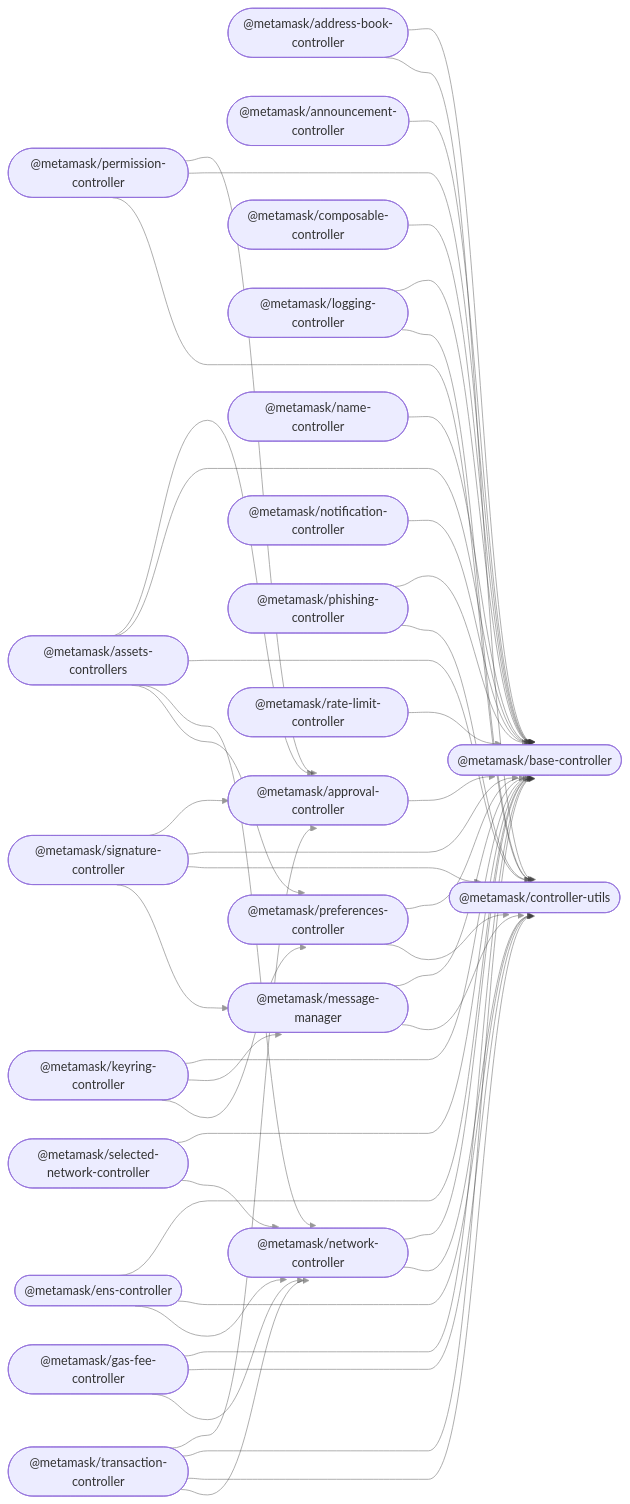
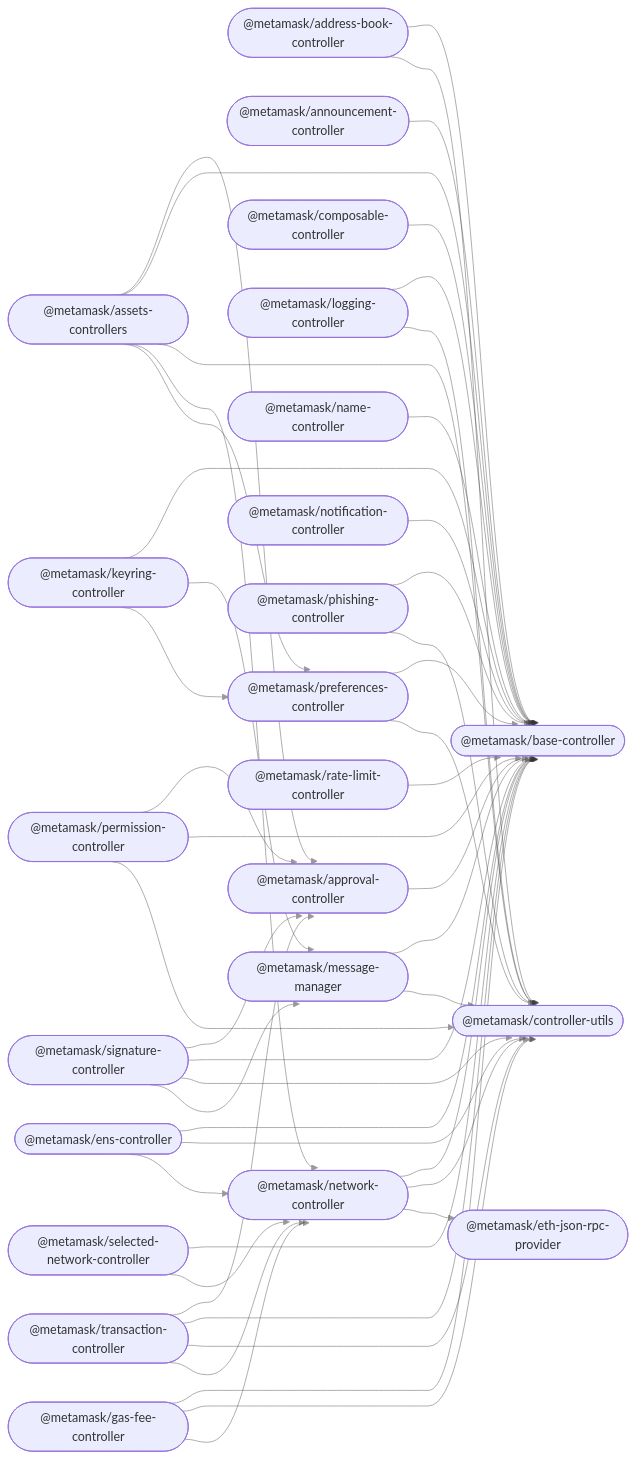
The diagram in README.md (MetaMask/core), drawn with Mermaid before and after one commit. The commit also changed other lines of this file, not shown here.

Commit message:
update `README` to include `@metamask/eth-json-rpc-provider` and updated dependency graph.

````diff
--- a/README.md
+++ b/README.md
@@ -34,72 +35,74 @@
 ```mermaid
 %%{ init: { 'flowchart': { 'curve': 'bumpX' } } }%%
 graph LR;
 linkStyle default opacity:0.5
   address_book_controller(["@metamask/address-book-controller"]);
   announcement_controller(["@metamask/announcement-controller"]);
   approval_controller(["@metamask/approval-controller"]);
   assets_controllers(["@metamask/assets-controllers"]);
   base_controller(["@metamask/base-controller"]);
   composable_controller(["@metamask/composable-controller"]);
   controller_utils(["@metamask/controller-utils"]);
   ens_controller(["@metamask/ens-controller"]);
+  eth_json_rpc_provider(["@metamask/eth-json-rpc-provider"]);
   gas_fee_controller(["@metamask/gas-fee-controller"]);
   keyring_controller(["@metamask/keyring-controller"]);
   logging_controller(["@metamask/logging-controller"]);
   message_manager(["@metamask/message-manager"]);
   name_controller(["@metamask/name-controller"]);
   network_controller(["@metamask/network-controller"]);
   notification_controller(["@metamask/notification-controller"]);
   permission_controller(["@metamask/permission-controller"]);
   phishing_controller(["@metamask/phishing-controller"]);
   preferences_controller(["@metamask/preferences-controller"]);
   rate_limit_controller(["@metamask/rate-limit-controller"]);
   selected_network_controller(["@metamask/selected-network-controller"]);
   signature_controller(["@metamask/signature-controller"]);
   transaction_controller(["@metamask/transaction-controller"]);
   address_book_controller --> base_controller;
   address_book_controller --> controller_utils;
   announcement_controller --> base_controller;
   approval_controller --> base_controller;
   assets_controllers --> approval_controller;
   assets_controllers --> base_controller;
   assets_controllers --> controller_utils;
   assets_controllers --> network_controller;
   assets_controllers --> preferences_controller;
   composable_controller --> base_controller;
   ens_controller --> base_controller;
   ens_controller --> controller_utils;
   ens_controller --> network_controller;
   gas_fee_controller --> base_controller;
   gas_fee_controller --> controller_utils;
   gas_fee_controller --> network_controller;
   keyring_controller --> base_controller;
   keyring_controller --> message_manager;
   keyring_controller --> preferences_controller;
   logging_controller --> base_controller;
   logging_controller --> controller_utils;
   message_manager --> base_controller;
   message_manager --> controller_utils;
   name_controller --> base_controller;
   network_controller --> base_controller;
   network_controller --> controller_utils;
+  network_controller --> eth_json_rpc_provider;
   notification_controller --> base_controller;
   permission_controller --> approval_controller;
   permission_controller --> base_controller;
   permission_controller --> controller_utils;
   phishing_controller --> base_controller;
   phishing_controller --> controller_utils;
   preferences_controller --> base_controller;
   preferences_controller --> controller_utils;
   rate_limit_controller --> base_controller;
   selected_network_controller --> base_controller;
   selected_network_controller --> network_controller;
   signature_controller --> approval_controller;
   signature_controller --> base_controller;
   signature_controller --> controller_utils;
   signature_controller --> message_manager;
   transaction_controller --> approval_controller;
   transaction_controller --> base_controller;
   transaction_controller --> controller_utils;
   transaction_controller --> network_controller;
 ```
````
